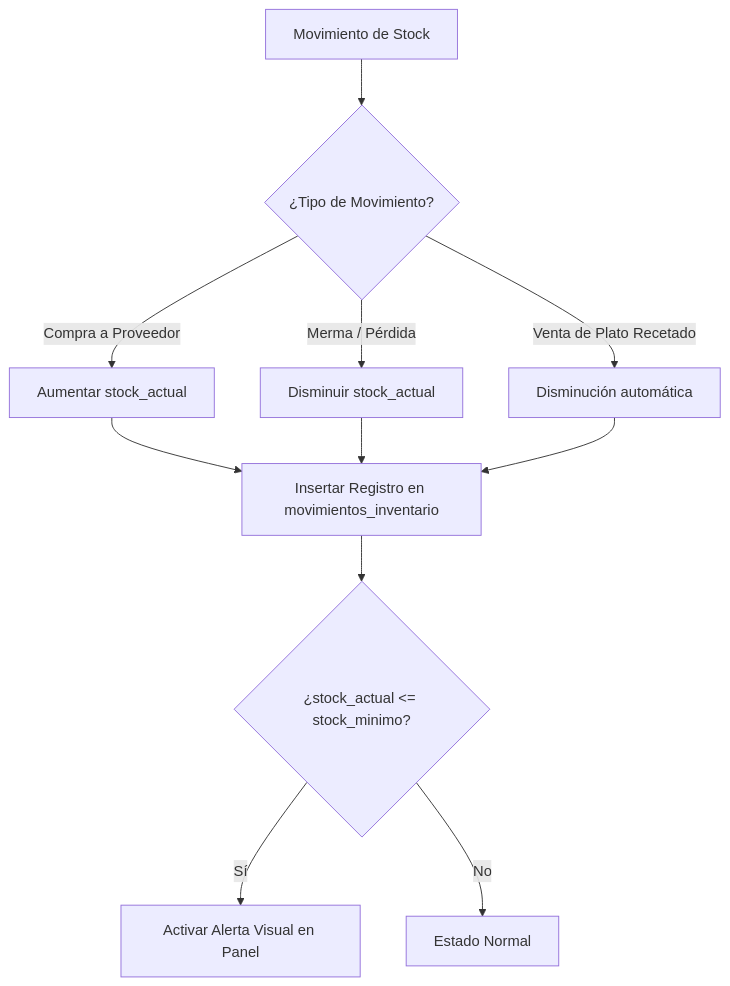
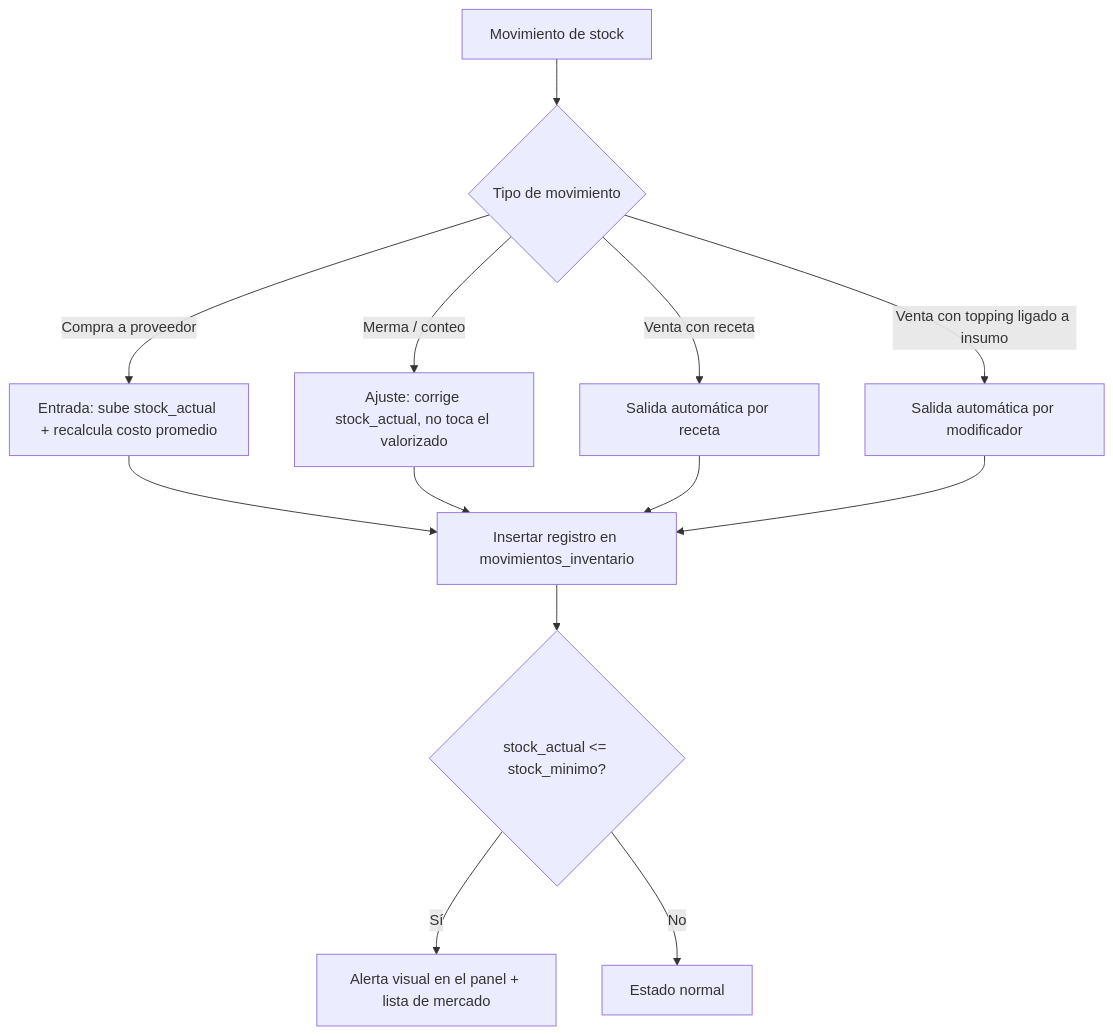
The diagram in docs/modulos/06_inventario_insumos.md (samuelyepesdev/Gastroflow), drawn with Mermaid before and after one commit. The commit also changed other lines of this file and 14 other files, not shown here.

Commit message:
docs: create structured documentation suite including module guides, diagrams, and updated README

````diff
--- a/docs/modulos/06_inventario_insumos.md
+++ b/docs/modulos/06_inventario_insumos.md
@@ -24,11 +26,12 @@
 ```mermaid
 graph TD
-    A[Movimiento de Stock] --> B{¿Tipo de Movimiento?}
-    B -->|Compra a Proveedor| C[Aumentar stock_actual]
-    B -->|Merma / Pérdida| D[Disminuir stock_actual]
-    B -->|Venta de Plato Recetado| E[Disminución automática]
-    C & D & E --> F[Insertar Registro en movimientos_inventario]
-    F --> G{¿stock_actual <= stock_minimo?}
-    G -->|Sí| H[Activar Alerta Visual en Panel]
-    G -->|No| I[Estado Normal]
+    A["Movimiento de stock"] --> B{"Tipo de movimiento"}
+    B -->|Compra a proveedor| C["Entrada: sube stock_actual + recalcula costo promedio"]
+    B -->|Merma / conteo| D["Ajuste: corrige stock_actual, no toca el valorizado"]
+    B -->|Venta con receta| E["Salida automática por receta"]
+    B -->|Venta con topping ligado a insumo| F["Salida automática por modificador"]
+    C & D & E & F --> G["Insertar registro en movimientos_inventario"]
+    G --> H{"stock_actual <= stock_minimo?"}
+    H -->|Sí| I["Alerta visual en el panel + lista de mercado"]
+    H -->|No| J["Estado normal"]
 ```
````
